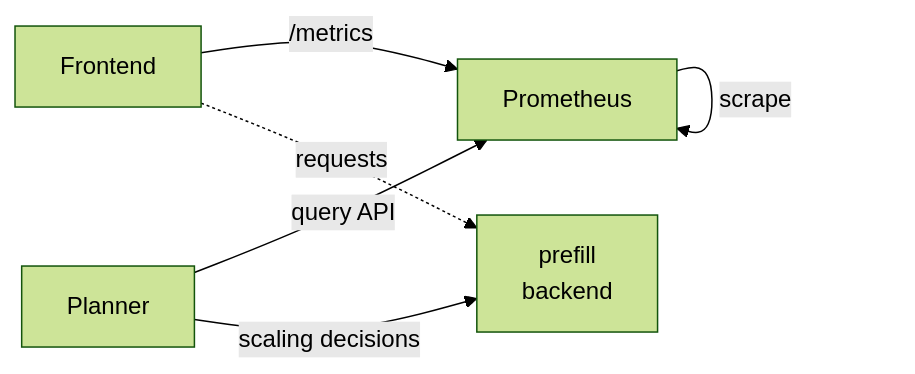
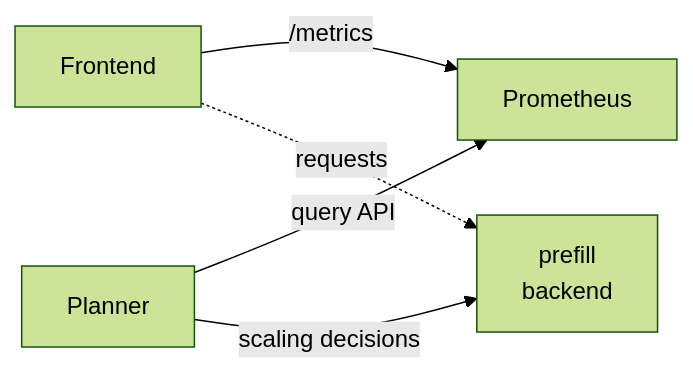
One commit to vickiegpt/dynamo changed the diagram in docs/guides/dynamo_deploy/sla_planner_deployment.md. Above: the diagram before and after it, drawn with Mermaid (forest theme). The commit also changed other lines of this file and 40 other files, not shown here.

````diff
--- a/docs/guides/dynamo_deploy/sla_planner_deployment.md
+++ b/docs/guides/dynamo_deploy/sla_planner_deployment.md
@@ -16,8 +16,7 @@
 ```mermaid
 flowchart LR
   Frontend --"/metrics"--> Prometheus
-  Prometheus --"scrape"--> Prometheus
   Planner --"query API"--> Prometheus
   Planner --"scaling decisions"--> Workers["prefill<br/>backend"]
   Frontend -.->|"requests"| Workers
 ```
````
